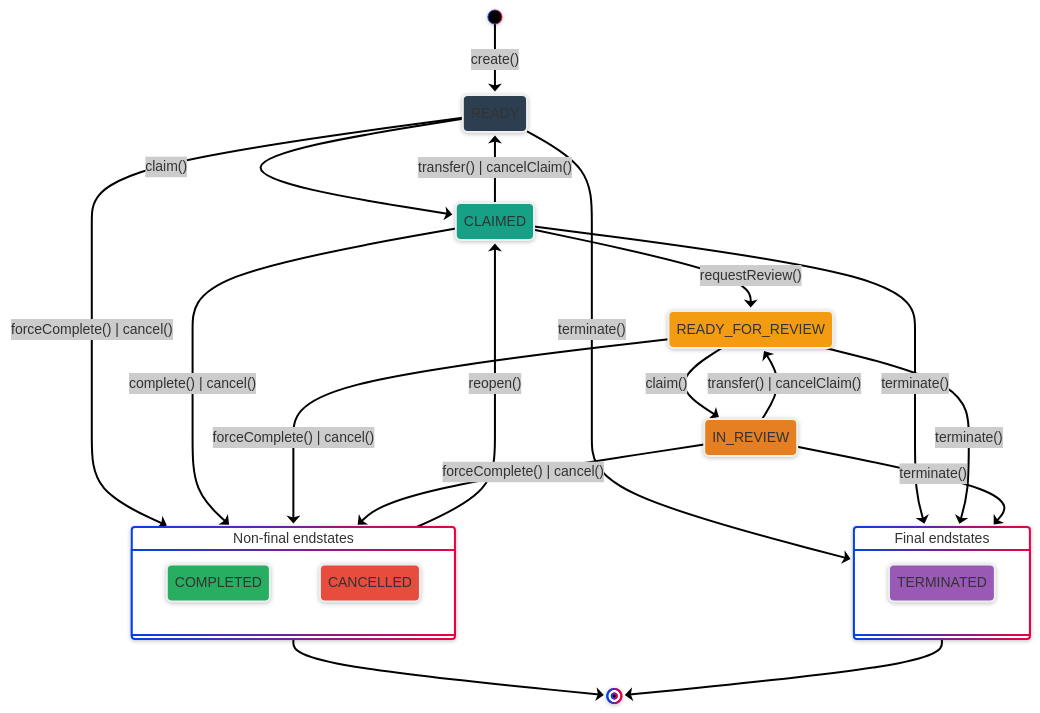
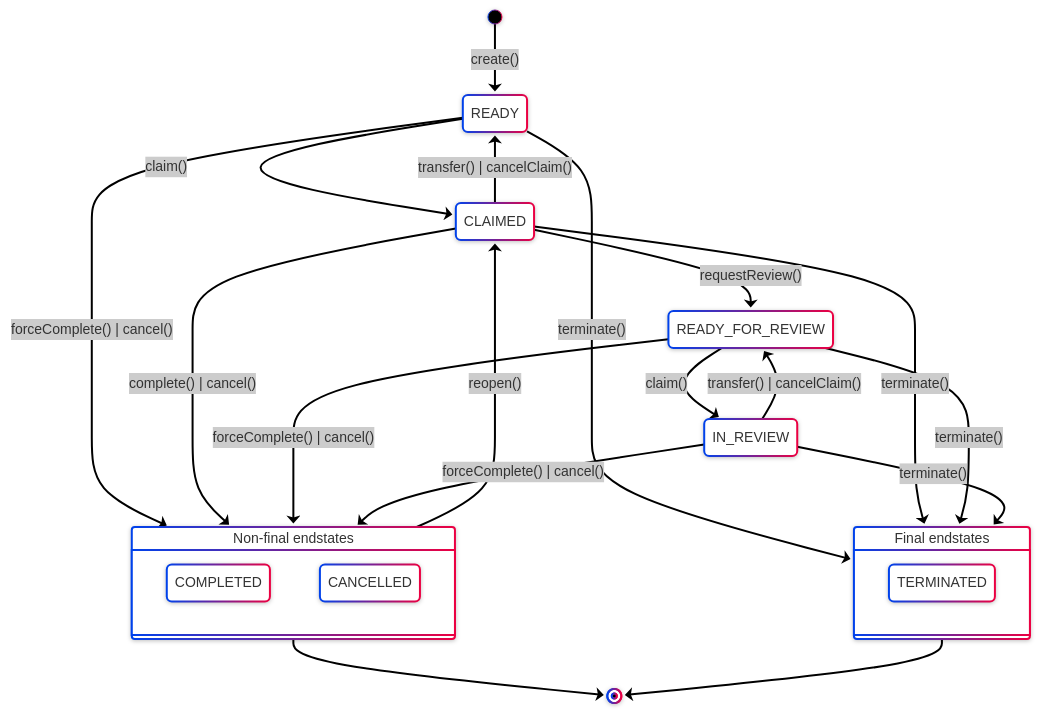
Before and after one commit to kadai-io/kadai: the diagram in README.md, drawn with Mermaid.

Commit message:
KAD-477-docs: remove mermaid styling

````diff
--- a/README.md
+++ b/README.md
@@ -69,55 +69,40 @@
 ```mermaid
 ---
 config:
   look: neo
   theme: neo
 ---
 stateDiagram-v2
     [*] --> READY: create()
     READY --> CLAIMED: claim()
     READY --> nonFinalEndStates: forceComplete() | cancel()
     READY --> finalEndStates: terminate()
 
     CLAIMED --> READY_FOR_REVIEW: requestReview()
     CLAIMED --> READY: transfer() | cancelClaim()
     CLAIMED --> nonFinalEndStates: complete() | cancel()
     CLAIMED --> finalEndStates: terminate()
 
     READY_FOR_REVIEW --> IN_REVIEW: claim()
     READY_FOR_REVIEW --> nonFinalEndStates: forceComplete() | cancel()
     READY_FOR_REVIEW --> finalEndStates: terminate()
 
     IN_REVIEW --> READY_FOR_REVIEW: transfer() | cancelClaim()
     IN_REVIEW --> nonFinalEndStates: forceComplete() | cancel()
     IN_REVIEW --> finalEndStates: terminate()
 
     nonFinalEndStates --> CLAIMED: reopen()
     nonFinalEndStates --> [*]
     finalEndStates --> [*]
     
     nonFinalEndStates: Non-final endstates
     state nonFinalEndStates {
         COMPLETED
         CANCELLED
     }
 
     finalEndStates: Final endstates
     state finalEndStates {
         TERMINATED
     }
-    classdef style_READY fill:#2c3e50,stroke:#ecf0f1,stroke-width:2px
-    classdef style_CLAIMED fill:#16a085,stroke:#ecf0f1,stroke-width:2px
-    classdef style_READY_FOR_REVIEW fill:#f39c12,stroke:#ecf0f1,stroke-width:2px
-    classdef style_IN_REVIEW fill:#e67e22,stroke:#ecf0f1,stroke-width:2px
-    classdef style_COMPLETED fill:#27ae60,stroke:#ecf0f1,stroke-width:2px
-    classdef style_CANCELLED fill:#e74c3c,stroke:#ecf0f1,stroke-width:2px
-    classdef style_TERMINATED fill:#9b59b6,stroke:#ecf0f1,stroke-width:2px
-
-    class READY style_READY
-    class CLAIMED style_CLAIMED
-    class READY_FOR_REVIEW style_READY_FOR_REVIEW
-    class IN_REVIEW style_IN_REVIEW
-    class COMPLETED style_COMPLETED
-    class CANCELLED style_CANCELLED
-    class TERMINATED style_TERMINATED
 ```
````
